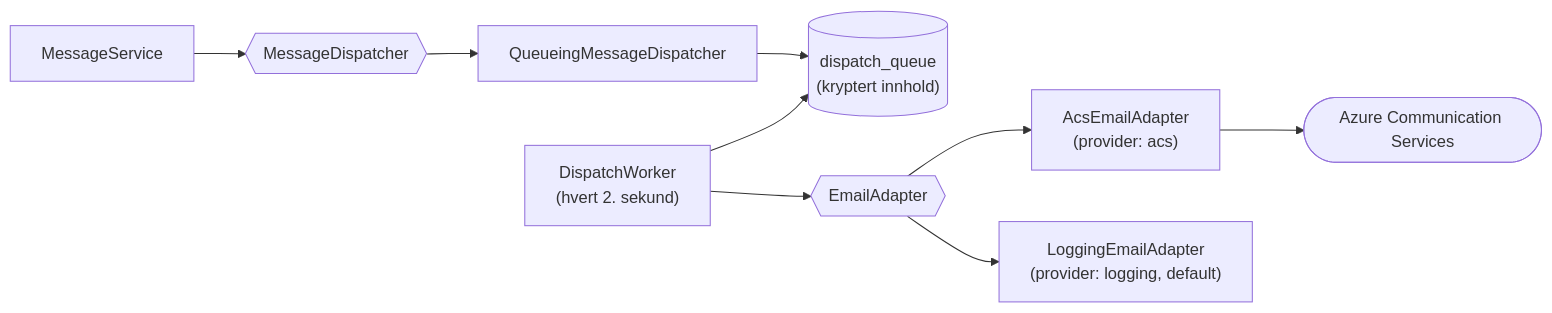
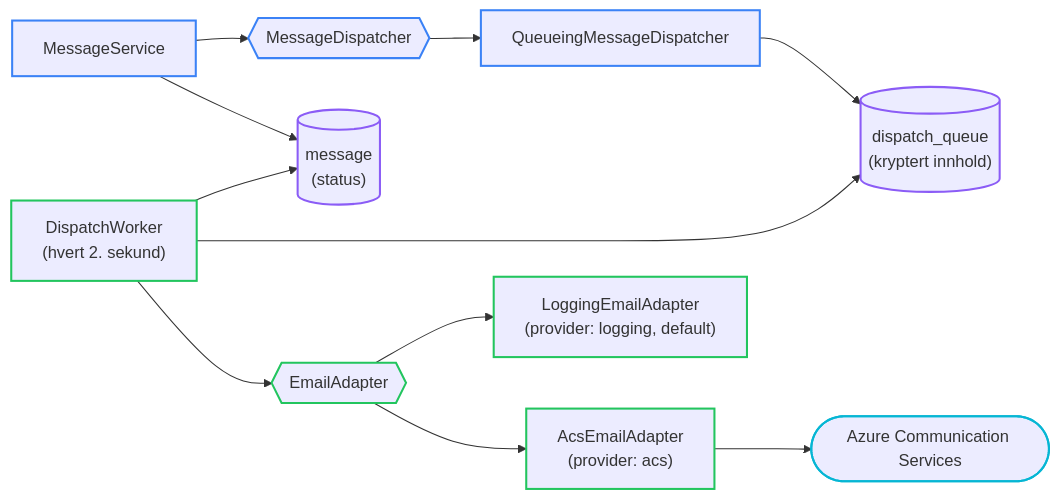
Before and after one commit to FINTLabs/fint-communication-service: the eighth of 14 diagrams in docs/architecture.md, drawn with Mermaid. The commit also changed other lines of this file and 35 other files, not shown here.

````diff
--- a/docs/architecture.md
+++ b/docs/architecture.md
@@ -490,11 +578,22 @@
 ```mermaid
 flowchart LR
     MS["MessageService"] --> port{{"MessageDispatcher"}}
+    MS --> status[("message<br/>(status)")]
     port --> queue["QueueingMessageDispatcher"]
     queue --> table[("dispatch_queue<br/>(kryptert innhold)")]
     worker["DispatchWorker<br/>(hvert 2. sekund)"] --> table
+    worker --> status
     worker --> adapter{{"EmailAdapter"}}
     adapter --> acs["AcsEmailAdapter<br/>(provider: acs)"]
     adapter --> log["LoggingEmailAdapter<br/>(provider: logging, default)"]
     acs --> ext(["Azure Communication Services"])
+
+    classDef intake stroke:#3B82F6,stroke-width:2px
+    classDef data stroke:#8B5CF6,stroke-width:2px
+    classDef dispatch stroke:#22C55E,stroke-width:2px
+    classDef external stroke:#06B6D4,stroke-width:2px
+    class MS,port,queue intake
+    class status,table data
+    class worker,adapter,acs,log dispatch
+    class ext external
 ```
````
